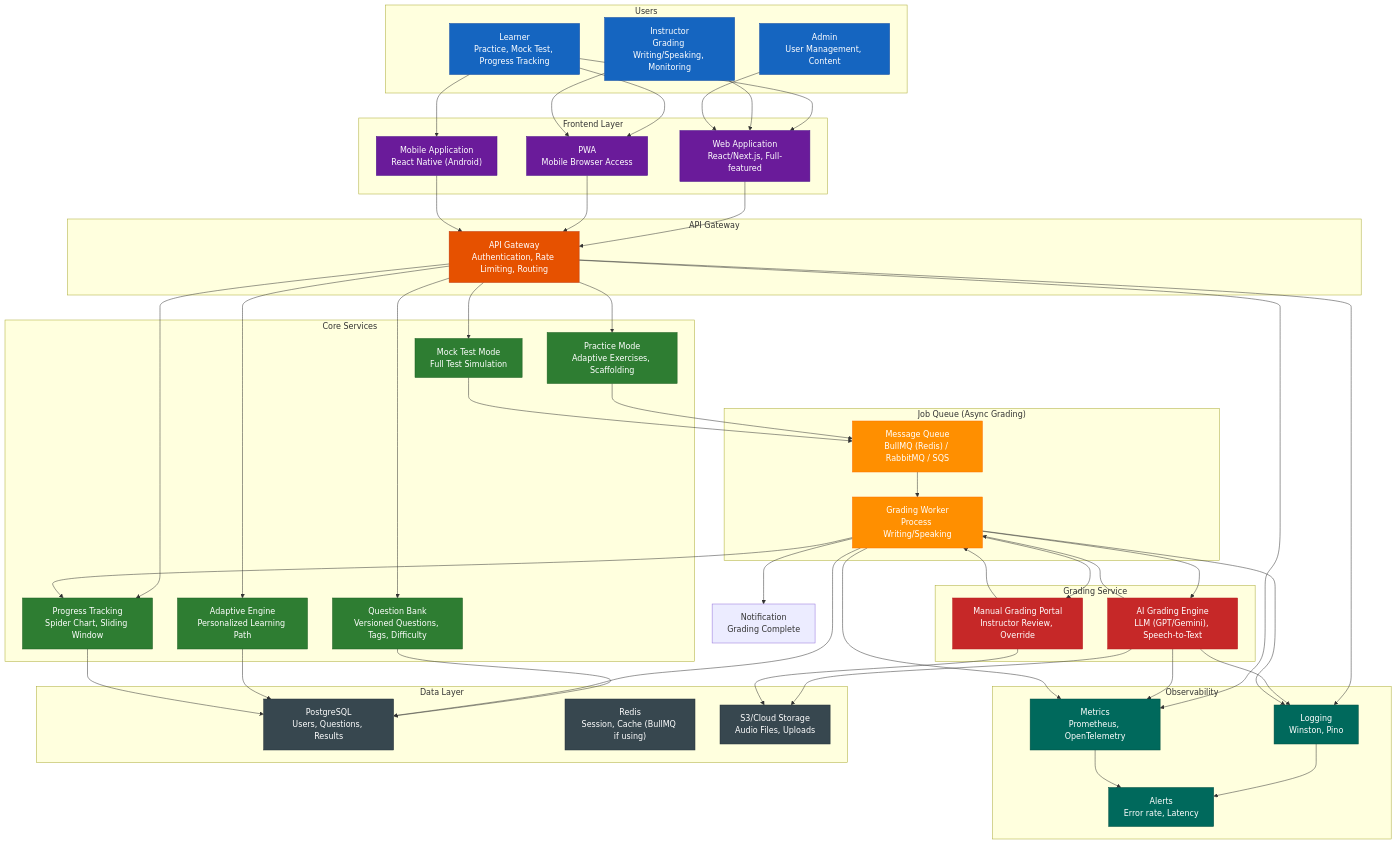
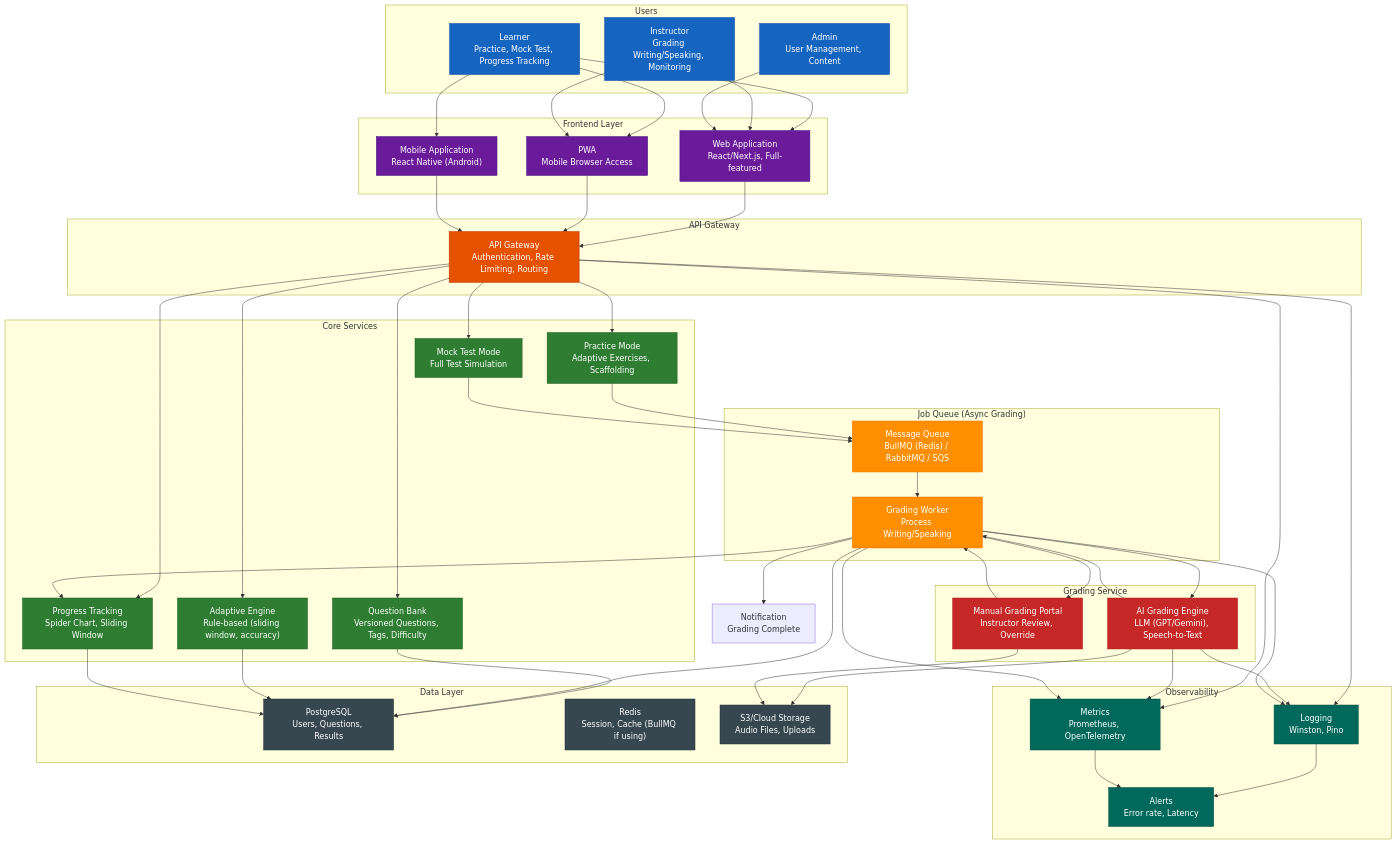
The first of 8 diagrams in docs/capstone/diagrams/flow-diagrams.vi.md (nghyane/VSTEP), drawn with Mermaid before and after one commit. The commit also changed other lines of this file, not shown here.

First line of the commit message:
docs: update flow diagrams per review feedback

```diff
--- a/docs/capstone/diagrams/flow-diagrams.vi.md
+++ b/docs/capstone/diagrams/flow-diagrams.vi.md
@@ -23,7 +23,7 @@
     subgraph Core ["Core Services"]
         PM["Practice Mode<br/>Adaptive Exercises, Scaffolding"]
         MM["Mock Test Mode<br/>Full Test Simulation"]
-        AE["Adaptive Engine<br/>Personalized Learning Path"]
+        AE["Adaptive Engine<br/>Rule-based (sliding window, accuracy)"]
         PT["Progress Tracking<br/>Spider Chart, Sliding Window"]
         QB["Question Bank<br/>Versioned Questions, Tags, Difficulty"]
     end
```
